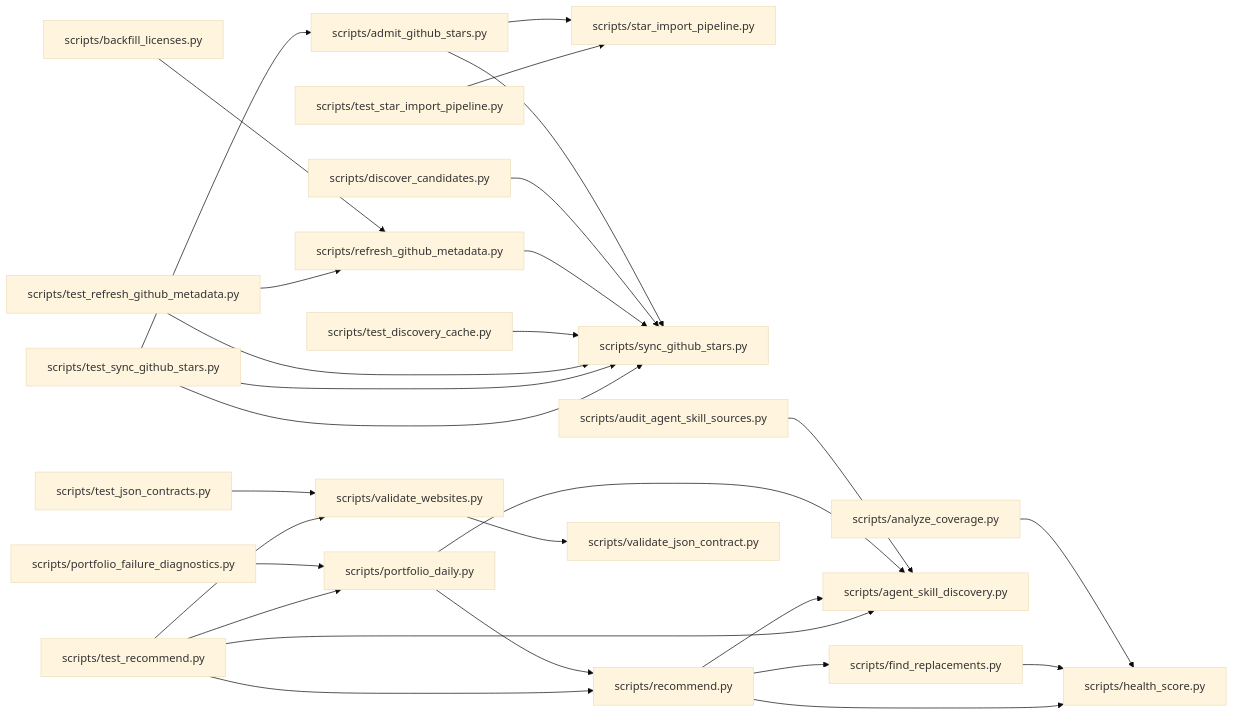
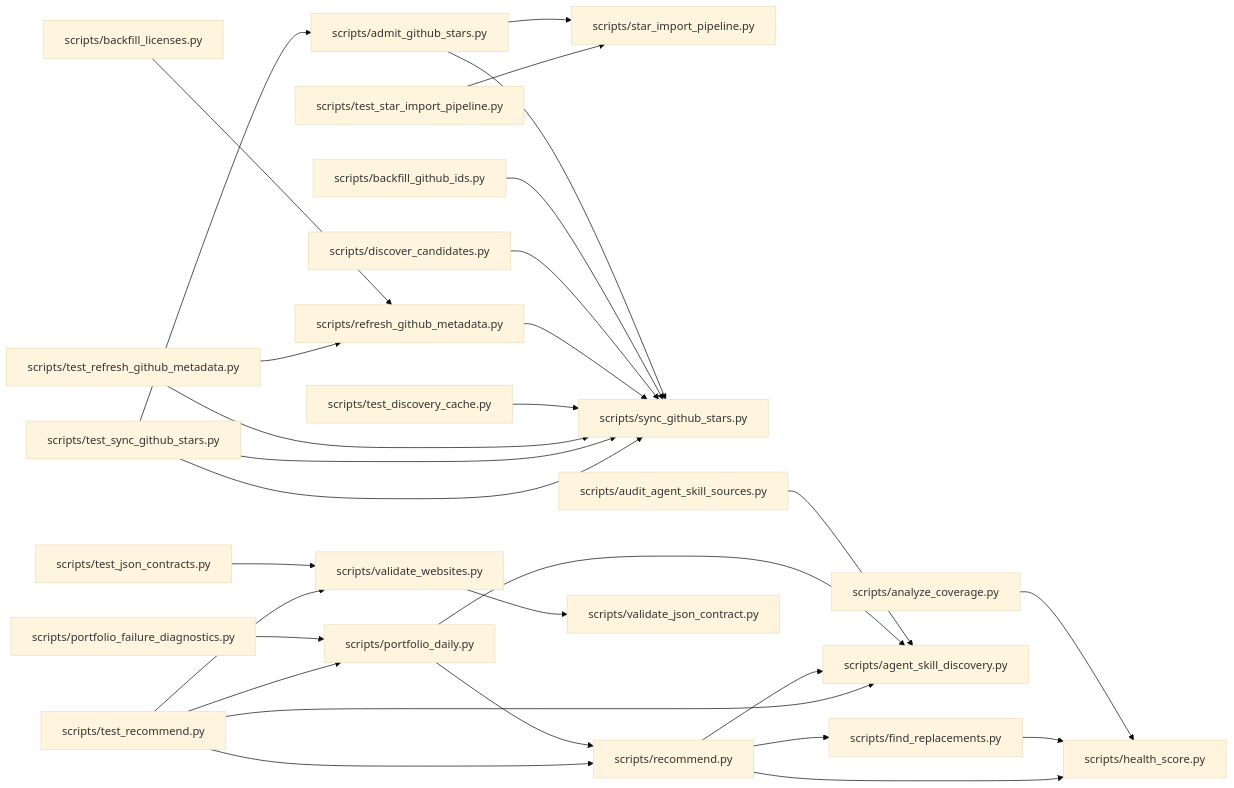
One commit to dbrckk/star-list changed the diagram in .ai/brain/architecture.mmd. Above: the diagram before and after it, drawn with Mermaid (base theme). The commit also changed 78 other files, not shown here.

```diff
--- a/.ai/brain/architecture.mmd
+++ b/.ai/brain/architecture.mmd
@@ -1,28 +1,29 @@
 flowchart LR
   n8d03612ec4["scripts/admit_github_stars.py"] --> n83b2d4016a["scripts/star_import_pipeline.py"]
   n8d03612ec4["scripts/admit_github_stars.py"] --> n9ec765cbfe["scripts/sync_github_stars.py"]
   n493b546fce["scripts/analyze_coverage.py"] --> n61da7feb3f["scripts/health_score.py"]
   nf8bb101102["scripts/audit_agent_skill_sources.py"] --> n6f6651784c["scripts/agent_skill_discovery.py"]
+  n492d5ac0a2["scripts/backfill_github_ids.py"] --> n9ec765cbfe["scripts/sync_github_stars.py"]
   nbea452dbc9["scripts/backfill_licenses.py"] --> n673a0bb367["scripts/refresh_github_metadata.py"]
   n19fd372d41["scripts/discover_candidates.py"] --> n9ec765cbfe["scripts/sync_github_stars.py"]
   n3c5af248bc["scripts/find_replacements.py"] --> n61da7feb3f["scripts/health_score.py"]
   n9c65ddcee9["scripts/portfolio_daily.py"] --> n6f6651784c["scripts/agent_skill_discovery.py"]
   n9c65ddcee9["scripts/portfolio_daily.py"] --> n6b33751c21["scripts/recommend.py"]
   nc1854cfb67["scripts/portfolio_failure_diagnostics.py"] --> n9c65ddcee9["scripts/portfolio_daily.py"]
   n6b33751c21["scripts/recommend.py"] --> n6f6651784c["scripts/agent_skill_discovery.py"]
   n6b33751c21["scripts/recommend.py"] --> n3c5af248bc["scripts/find_replacements.py"]
   n6b33751c21["scripts/recommend.py"] --> n61da7feb3f["scripts/health_score.py"]
   n673a0bb367["scripts/refresh_github_metadata.py"] --> n9ec765cbfe["scripts/sync_github_stars.py"]
   n5d2467085c["scripts/test_discovery_cache.py"] --> n9ec765cbfe["scripts/sync_github_stars.py"]
   n116275bc4e["scripts/test_json_contracts.py"] --> nd96d7a95bb["scripts/validate_websites.py"]
   n351bd21466["scripts/test_recommend.py"] --> n6f6651784c["scripts/agent_skill_discovery.py"]
   n351bd21466["scripts/test_recommend.py"] --> n9c65ddcee9["scripts/portfolio_daily.py"]
   n351bd21466["scripts/test_recommend.py"] --> n6b33751c21["scripts/recommend.py"]
   n351bd21466["scripts/test_recommend.py"] --> nd96d7a95bb["scripts/validate_websites.py"]
   nfc3af7e38e["scripts/test_refresh_github_metadata.py"] --> n673a0bb367["scripts/refresh_github_metadata.py"]
   nfc3af7e38e["scripts/test_refresh_github_metadata.py"] --> n9ec765cbfe["scripts/sync_github_stars.py"]
   n0c8a572d8b["scripts/test_star_import_pipeline.py"] --> n83b2d4016a["scripts/star_import_pipeline.py"]
   n895eef35e5["scripts/test_sync_github_stars.py"] --> n8d03612ec4["scripts/admit_github_stars.py"]
   n895eef35e5["scripts/test_sync_github_stars.py"] --> n9ec765cbfe["scripts/sync_github_stars.py"]
   nd96d7a95bb["scripts/validate_websites.py"] --> nbd2a675ab8["scripts/validate_json_contract.py"]
   n895eef35e5["scripts/test_sync_github_stars.py"] --> n9ec765cbfe["scripts/sync_github_stars.py"]
```
